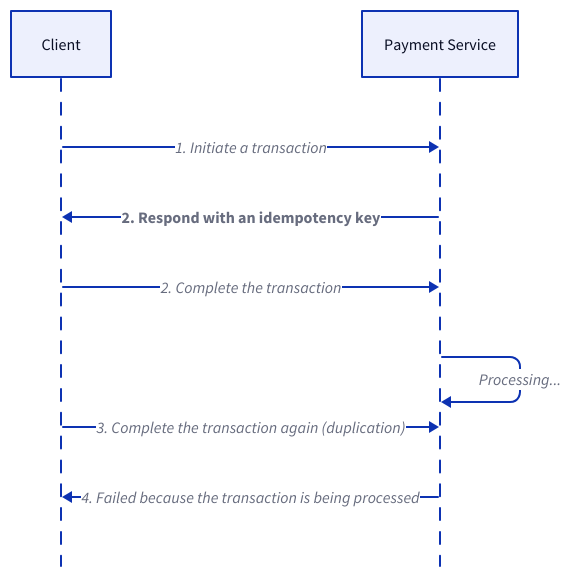
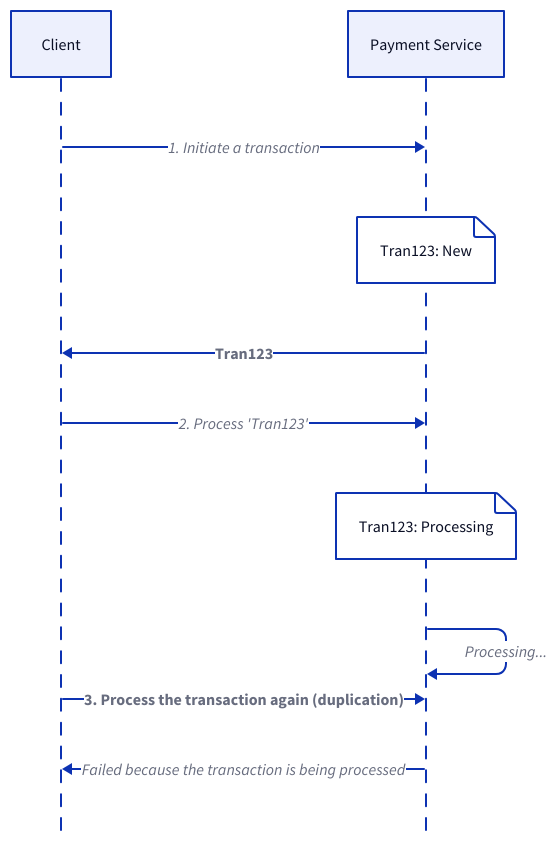
The seventh of 9 diagrams in content/docs/web-service/api-design/_index.md (link1905/system-design-101), drawn with D2 before and after one commit. The commit also changed other lines of this file and 49 other files, not shown here.

````diff
--- a/content/docs/web-service/api-design/_index.md
+++ b/content/docs/web-service/api-design/_index.md
@@ -305,19 +299,25 @@
 ```d2
 shape: sequence_diagram
 c: Client {
     class: client
 }
-p: Payment Service {
-    class: client
+p: Payment Service
+c -> p: 1. Initiate a transaction
+p {
+    "Tran123: New"
 }
-c -> p: 1. Initiate a transaction
-p -> c: 2. Respond with an idempotency key {
+p -> c: "Tran123" {
     style.bold: true
 }
-c -> p: 2. Complete the transaction
+c -> p: "2. Process 'Tran123'"
+p {
+    "Tran123: Processing"
+}
 p -> p: Processing...
-c -> p: 3. Complete the transaction again (duplication)
-c <- p: 4. Failed because the transaction is being processed {
+c -> p: 3. Process the transaction again (duplication) {
+    style.bold: true
+}
+c <- p: Failed because the transaction is being processed {
     class: error-conn
 }
 ```
````
